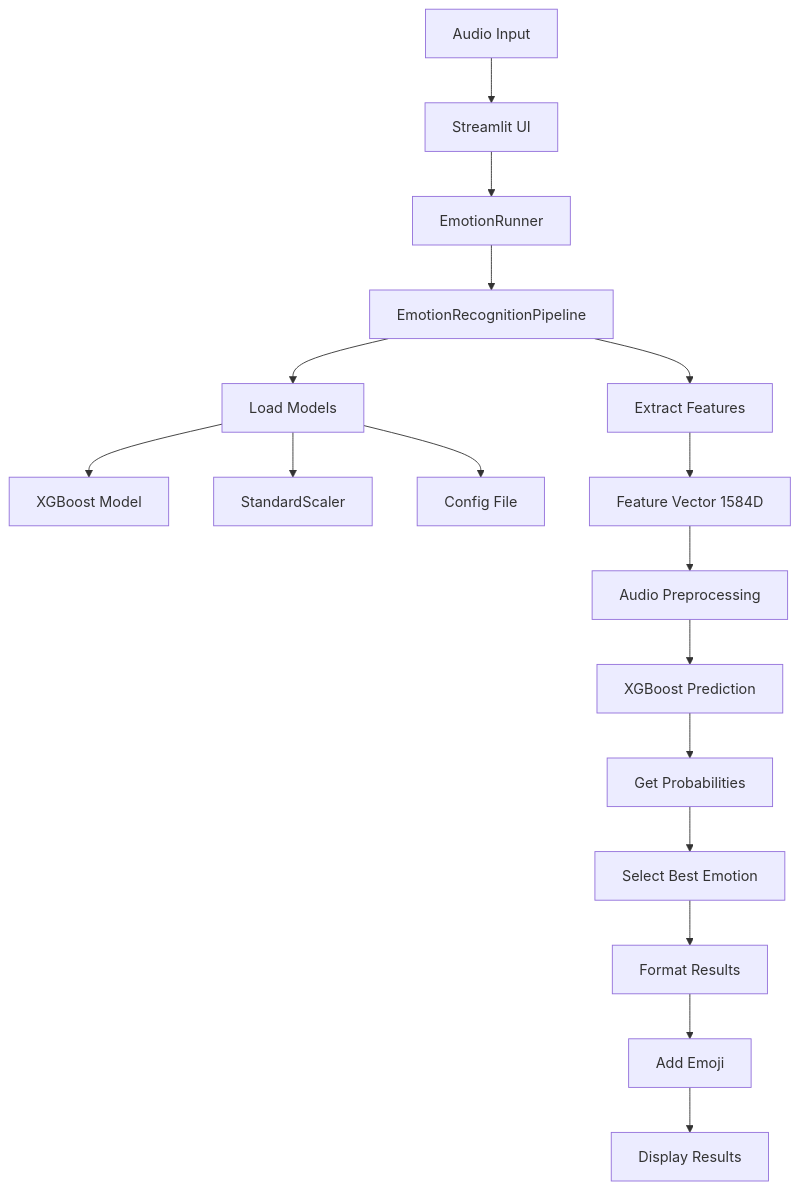
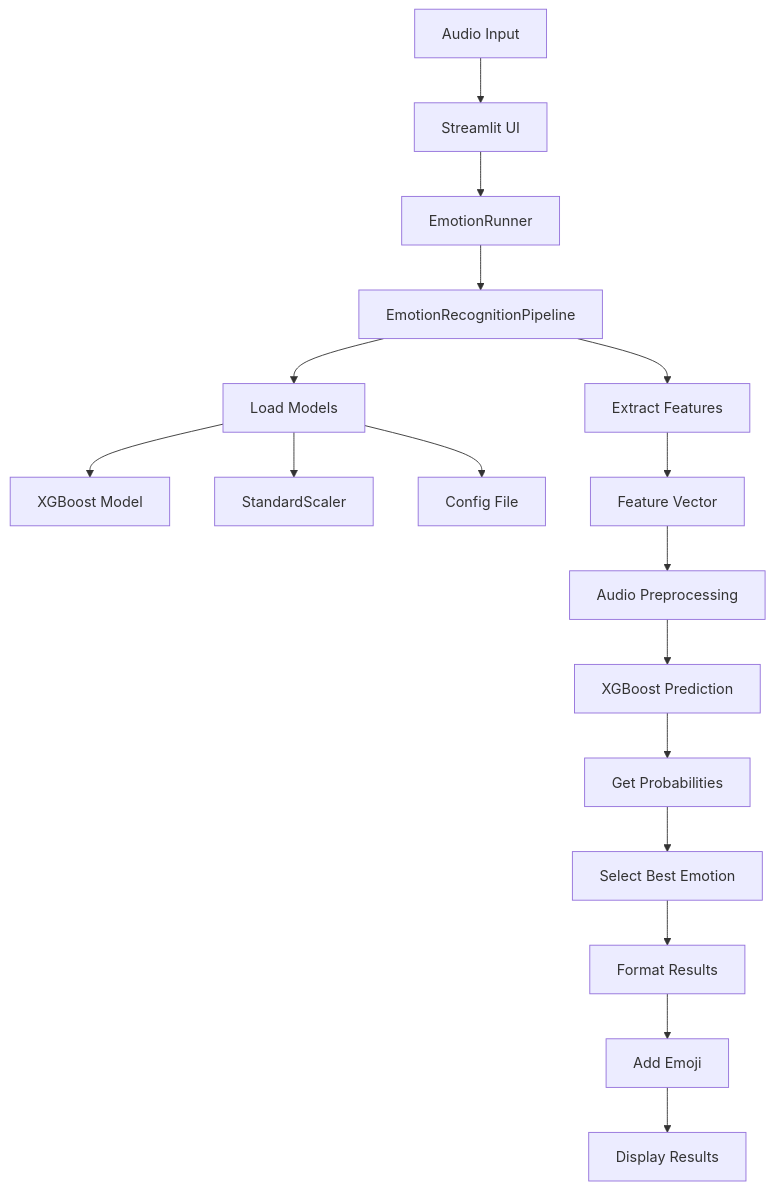
Before and after one commit to ZiyadALharbi/Voice-Emotion-Recognition-System: the diagram in README.md, drawn with Mermaid.

````diff
--- a/README.md
+++ b/README.md
@@ -80,23 +80,23 @@
 ```mermaid
 graph TD
     A[Audio Input] --> B[Streamlit UI]
     B --> C[EmotionRunner]
     C --> D[EmotionRecognitionPipeline]
   
     D --> E[Load Models]
     E --> F[XGBoost Model]
     E --> G[StandardScaler]
     E --> H[Config File]
   
     D --> I[Extract Features]
-    I --> J[Feature Vector 1584D]
+    I --> J[Feature Vector]
     J --> K[Audio Preprocessing]
   
     K --> L[XGBoost Prediction]
     L --> M[Get Probabilities]
     M --> N[Select Best Emotion]
   
     N --> O[Format Results]
     O --> P[Add Emoji]
     P --> Q[Display Results]
 ```
````
